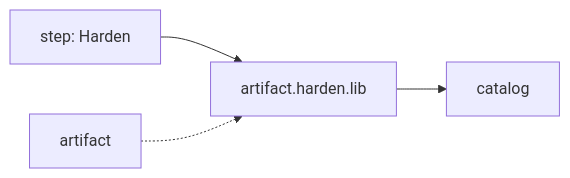
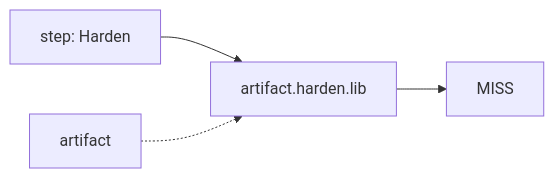
Diagram 21 of 53 in .github/signoff-board/signoff-kanban.md (openecos-projects/ecc), drawn with Mermaid before and after one commit. The commit also changed other lines of this file and 2 other files, not shown here.

First line of the commit message:
feat(signoff): add performance / iSTA catalog slots (43 metrics)

````diff
--- a/.github/signoff-board/signoff-kanban.md
+++ b/.github/signoff-board/signoff-kanban.md
@@ -490,6 +522,6 @@
 ```mermaid
 flowchart LR
   step_artifact_harden_lib["step: Harden"] --> metric_artifact_harden_lib["artifact.harden.lib"]
-  metric_artifact_harden_lib --> state_artifact_harden_lib["catalog"]
+  metric_artifact_harden_lib --> state_artifact_harden_lib["MISS"]
   cat_artifact_harden_lib["artifact"] -.-> metric_artifact_harden_lib
 ```
````
